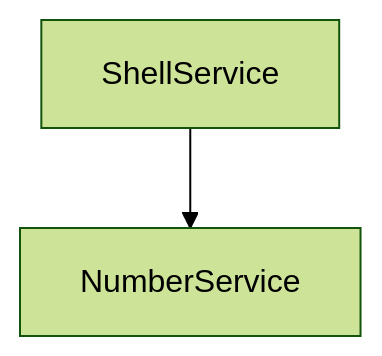
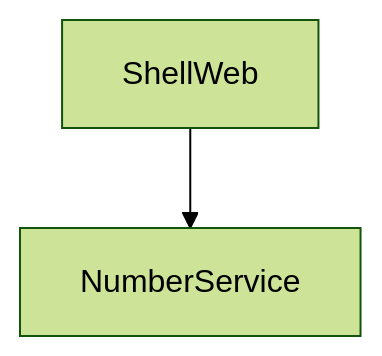
The diagram in README.md (bsys-dk/salt), drawn with Mermaid (forest theme) before and after one commit. The commit also changed other lines of this file, not shown here.

Commit message:
Fix diagram Add busybox info Change format and add text regarding the sizes

````diff
--- a/README.md
+++ b/README.md
@@ -34,4 +35,4 @@
 ```mermaid
 graph TD;
-  ShellService-->NumberService;
+  ShellWeb-->NumberService
 ```
````
